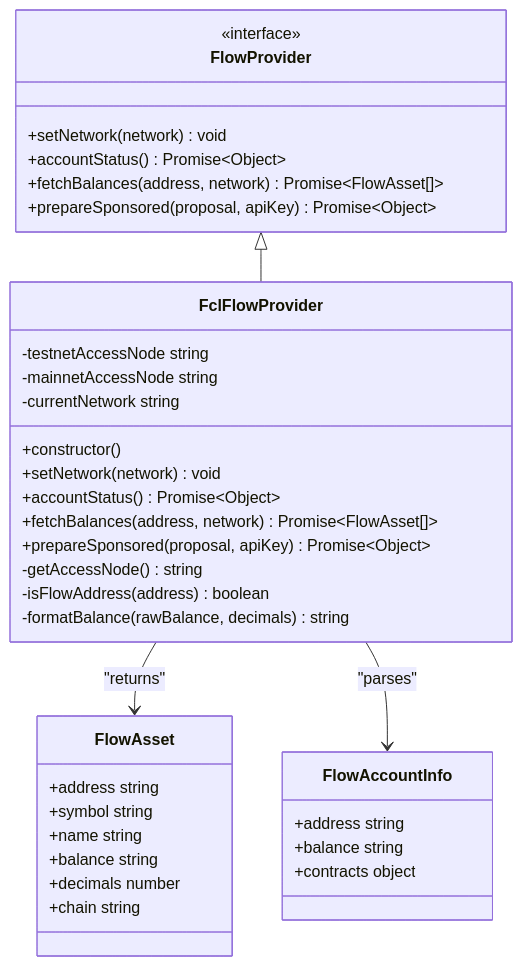
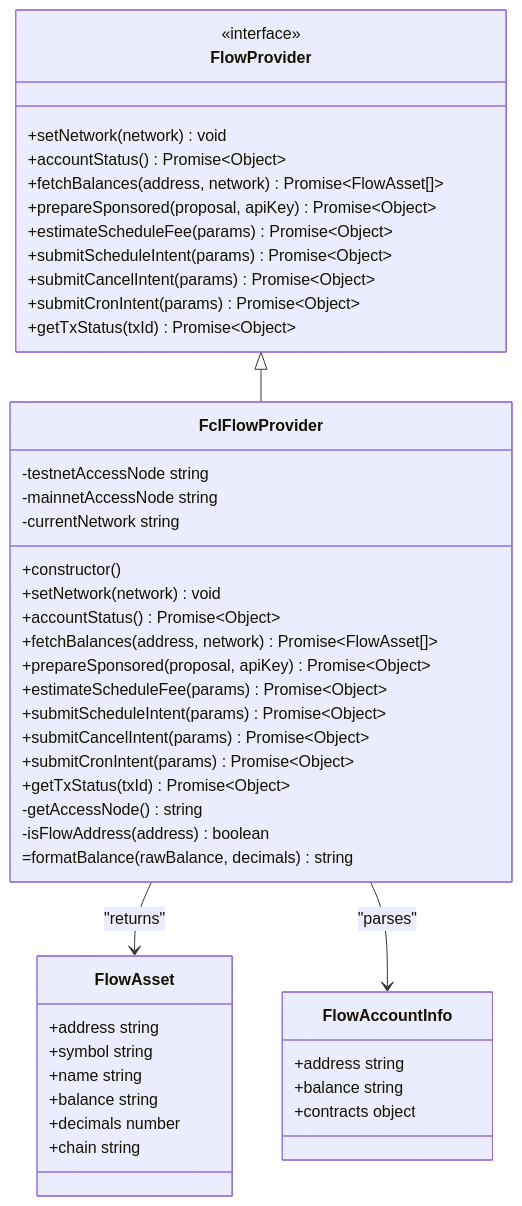
The second of 15 diagrams in .qoder/repowiki/en/content/Backend Services Architecture/Wallet & Blockchain Services/Flow Integration Guide.md (sanketnighot/shadow-protocol), drawn with Mermaid before and after one commit. The commit also changed other lines of this file and 9 other files, not shown here.

First line of the commit message:
feat: Enhance SHADOW Protocol with new Flow and AI services integration

````diff
--- a/.qoder/repowiki/en/content/Backend Services Architecture/Wallet & Blockchain Services/Flow Integration Guide.md
+++ b/.qoder/repowiki/en/content/Backend Services Architecture/Wallet & Blockchain Services/Flow Integration Guide.md
@@ -96,39 +133,49 @@
 ```mermaid
 classDiagram
 class FlowProvider {
 <<interface>>
 +setNetwork(network) void
 +accountStatus() Promise~Object~
 +fetchBalances(address, network) Promise~FlowAsset[]~
 +prepareSponsored(proposal, apiKey) Promise~Object~
++estimateScheduleFee(params) Promise~Object~
++submitScheduleIntent(params) Promise~Object~
++submitCancelIntent(params) Promise~Object~
++submitCronIntent(params) Promise~Object~
++getTxStatus(txId) Promise~Object~
 }
 class FclFlowProvider {
 -testnetAccessNode string
 -mainnetAccessNode string
 -currentNetwork string
 +constructor()
 +setNetwork(network) void
 +accountStatus() Promise~Object~
 +fetchBalances(address, network) Promise~FlowAsset[]~
 +prepareSponsored(proposal, apiKey) Promise~Object~
++estimateScheduleFee(params) Promise~Object~
++submitScheduleIntent(params) Promise~Object~
++submitCancelIntent(params) Promise~Object~
++submitCronIntent(params) Promise~Object~
++getTxStatus(txId) Promise~Object~
 -getAccessNode() string
 -isFlowAddress(address) boolean
--formatBalance(rawBalance, decimals) string
+=formatBalance(rawBalance, decimals) string
 }
 class FlowAsset {
 +address string
 +symbol string
 +name string
 +balance string
 +decimals number
 +chain string
 }
 class FlowAccountInfo {
 +address string
 +balance string
 +contracts object
 }
 FlowProvider <|-- FclFlowProvider
 FclFlowProvider --> FlowAsset : "returns"
 FclFlowProvider --> FlowAccountInfo : "parses"
 ```
````
